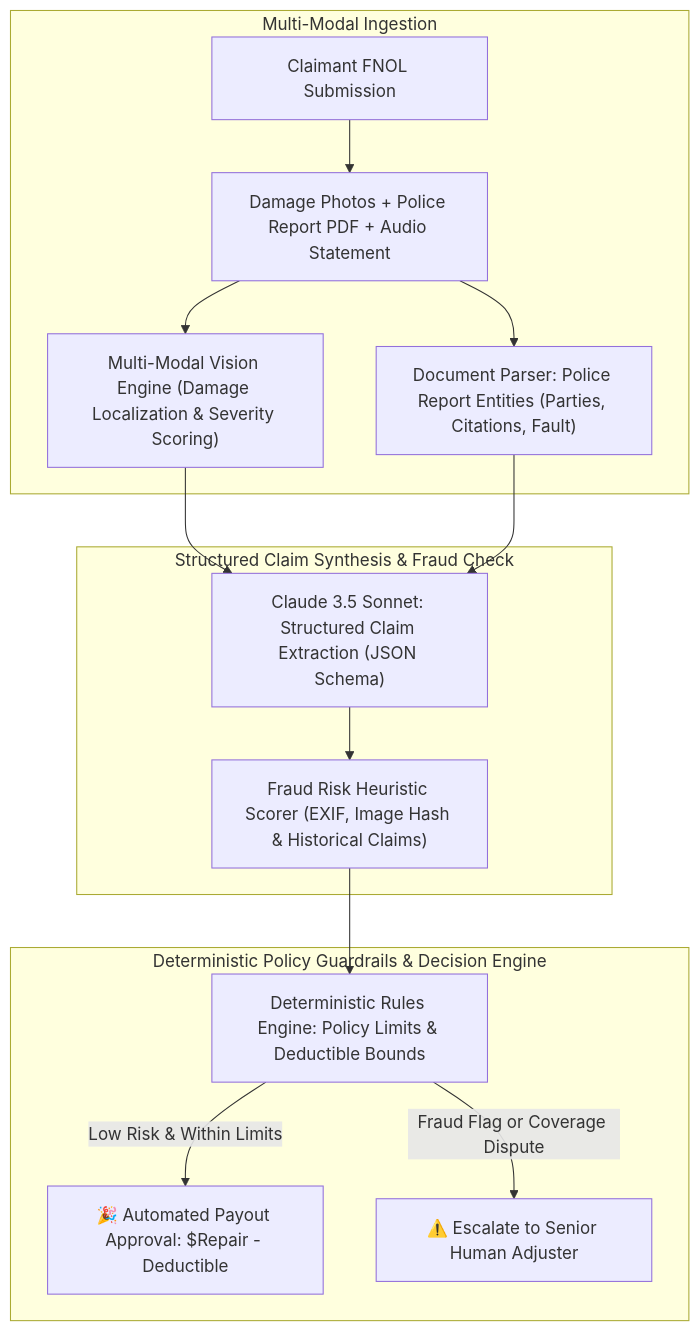
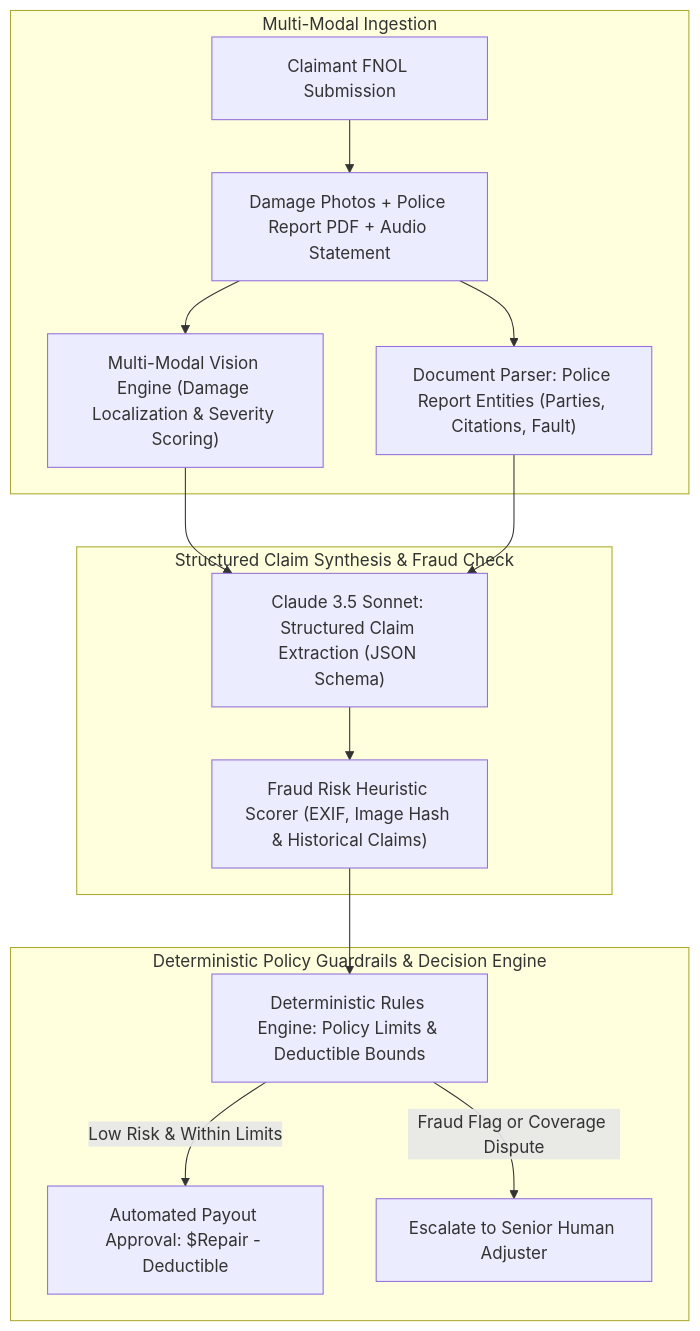
The diagram in blog/posts/engineering-claimpilot-ai-insurance-claims-adjudication-guardrails.md (akmalkhaniub/akmalkhaniub.github.io), drawn with Mermaid before and after one commit. The commit also changed 411 other files, not shown here.

````diff
--- a/blog/posts/engineering-claimpilot-ai-insurance-claims-adjudication-guardrails.md
+++ b/blog/posts/engineering-claimpilot-ai-insurance-claims-adjudication-guardrails.md
@@ -21,19 +21,19 @@
 ```mermaid
-graph TD
+flowchart TD
   subgraph SG1_MultiModalIngestion ["Multi-Modal Ingestion"]
     Claimant[Claimant FNOL Submission] --> Uploads[Damage Photos + Police Report PDF + Audio Statement]
     Uploads --> Vision["Multi-Modal Vision Engine (Damage Localization & Severity Scoring)"]
     Uploads --> DocParser["Document Parser: Police Report Entities (Parties, Citations, Fault)"]
   end
   
   subgraph SG2_StructuredClaimSynthesis ["Structured Claim Synthesis & Fraud Check"]
     Vision & DocParser --> Synthesizer["Claude 3.5 Sonnet: Structured Claim Extraction (JSON Schema)"]
     Synthesizer --> FraudEngine["Fraud Risk Heuristic Scorer (EXIF, Image Hash & Historical Claims)"]
   end
   
   subgraph SG3_DeterministicPolicyGuardrails ["Deterministic Policy Guardrails & Decision Engine"]
     FraudEngine --> Guardrails["Deterministic Rules Engine: Policy Limits & Deductible Bounds"]
-    Guardrails -->|Low Risk & Within Limits| AutoApprove["🎉 Automated Payout Approval: $Repair - Deductible"]
-    Guardrails -->|Fraud Flag or Coverage Dispute| ManualReview["⚠️ Escalate to Senior Human Adjuster"]
+    Guardrails -->|Low Risk & Within Limits| AutoApprove[" Automated Payout Approval: $Repair - Deductible"]
+    Guardrails -->|Fraud Flag or Coverage Dispute| ManualReview[" Escalate to Senior Human Adjuster"]
   end
 ```
````
